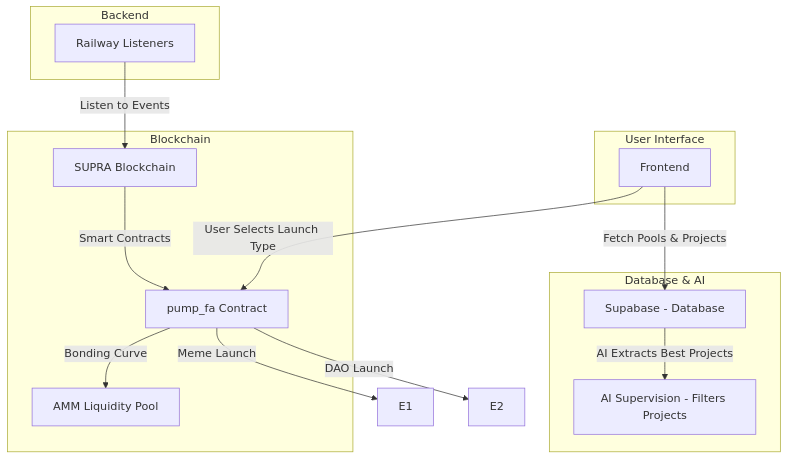
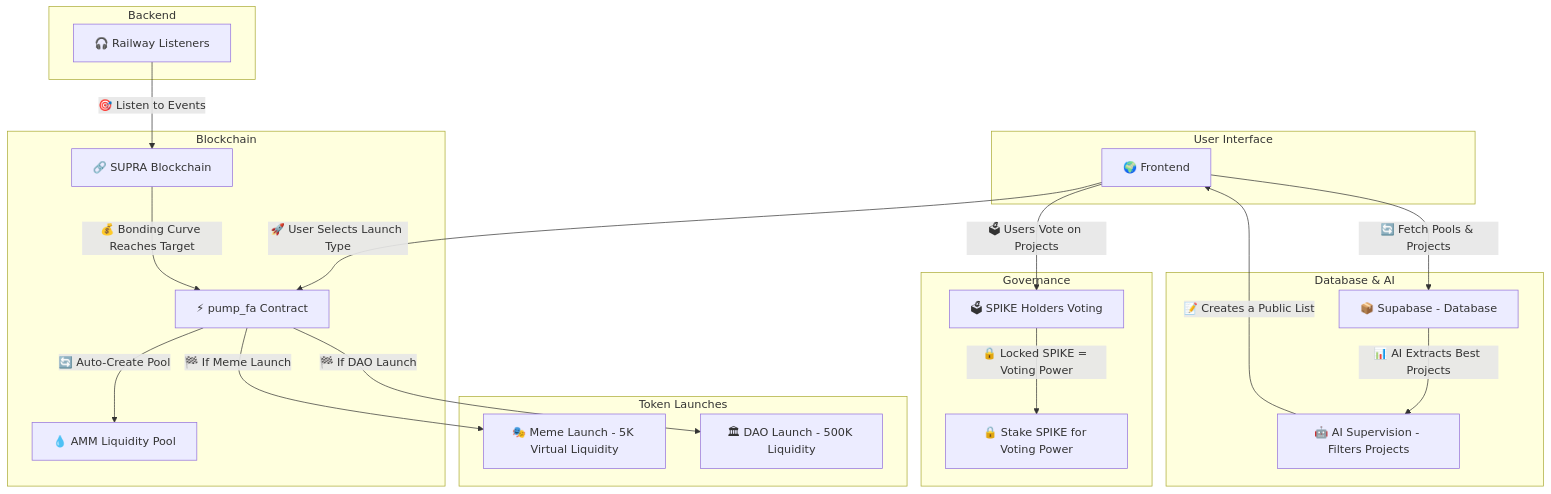
The second of 2 diagrams in README.md (SNABUR/Spike_Contracts), drawn with Mermaid before and after one commit.

````diff
--- a/README.md
+++ b/README.md
@@ -151,26 +151,45 @@
 ```mermaid
 graph TD;
+    
     subgraph User Interface
-        A[Frontend] 
+        A[🌍 Frontend] 
     end
+
     subgraph Database & AI
-        B[Supabase - Database] 
-        B1[AI Supervision - Filters Projects]
+        B[📦 Supabase - Database] 
+        B1[🤖 AI Supervision - Filters Projects]
     end
+
     subgraph Backend
-        C[Railway Listeners]
+        C[🎧 Railway Listeners]
     end
+
     subgraph Blockchain
-        D[SUPRA Blockchain]
-        D1[pump_fa Contract]
-        D2[AMM Liquidity Pool]
+        D[🔗 SUPRA Blockchain]
+        D1[⚡ pump_fa Contract]
+        D2[💧 AMM Liquidity Pool]
     end
-    A -->|Fetch Pools & Projects| B
-    A -->|User Selects Launch Type| D1
-    B -->|AI Extracts Best Projects| B1
-    C -->|Listen to Events| D
-    D -->|Smart Contracts| D1
-    D1 -->|Bonding Curve| D2
-    D1 -->|Meme Launch| E1
-    D1 -->|DAO Launch| E2
+
+    subgraph Token Launches
+        E1[🎭 Meme Launch - 5K Virtual Liquidity] 
+        E2[🏛 DAO Launch - 500K Liquidity]
+    end
+
+    subgraph Governance
+        F[🗳 SPIKE Holders Voting] 
+        F1[🔒 Stake SPIKE for Voting Power]
+    end
+
+    A -->|🔄 Fetch Pools & Projects| B
+    A -->|🚀 User Selects Launch Type| D1
+    A -->|🗳 Users Vote on Projects| F
+    B -->|📊 AI Extracts Best Projects| B1
+    B1 -->|📝 Creates a Public List| A
+    C -->|🎯 Listen to Events| D
+    D -->|💰 Bonding Curve Reaches Target| D1
+    D1 -->|🔄 Auto-Create Pool| D2
+    D1 -->|🏁 If Meme Launch| E1
+    D1 -->|🏁 If DAO Launch| E2
+    F -->|🔒 Locked SPIKE = Voting Power| F1
+
 ```
````
